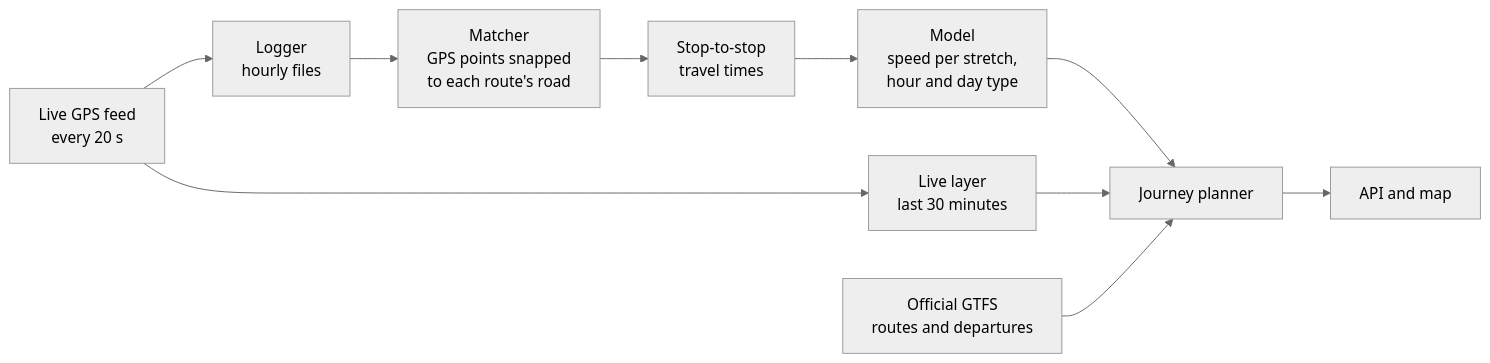
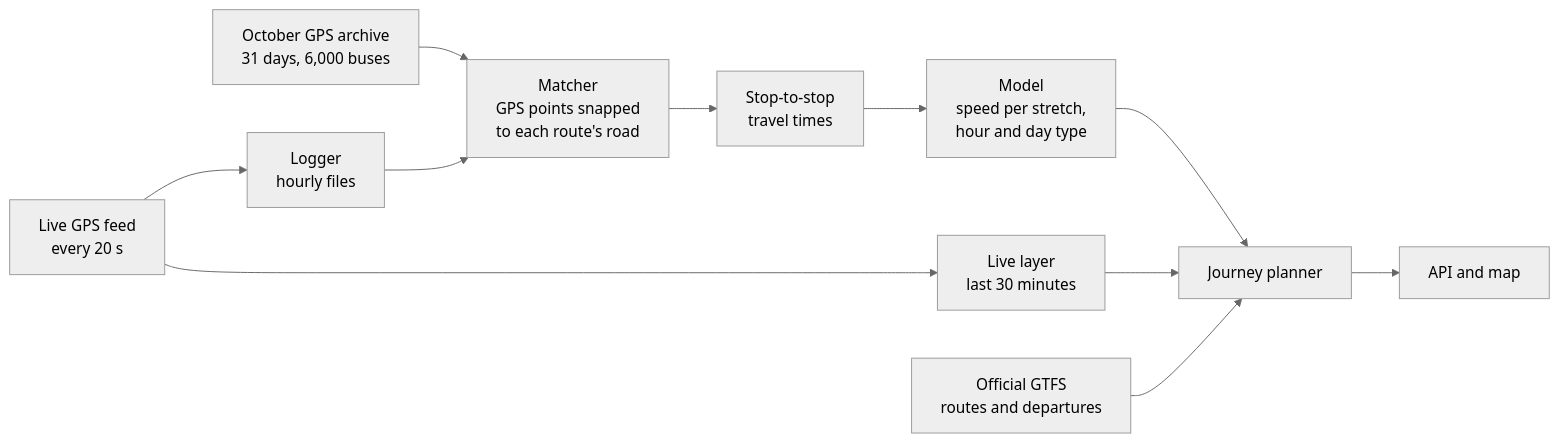
The diagram in README.md (Aryanban/transport-stack-hackathon-2026), drawn with Mermaid (neutral theme) before and after one commit. The commit also changed other lines of this file and 13 other files, not shown here.

First line of the commit message:
feat(ps1): refit the travel-time model on the October GPS archive

````diff
--- a/README.md
+++ b/README.md
@@ -117,12 +132,13 @@
 ```mermaid
 flowchart LR
+    H0[October GPS archive<br/>31 days, 6,000 buses] --> C[Matcher<br/>GPS points snapped<br/>to each route's road]
     A[Live GPS feed<br/>every 20 s] --> B[Logger<br/>hourly files]
-    B --> C[Matcher<br/>GPS points snapped<br/>to each route's road]
+    B --> C
     C --> D[Stop-to-stop<br/>travel times]
     D --> E[Model<br/>speed per stretch,<br/>hour and day type]
     A --> F[Live layer<br/>last 30 minutes]
     E --> G[Journey planner]
     F --> G
     H[Official GTFS<br/>routes and departures] --> G
     G --> I[API and map]
 ```
````
